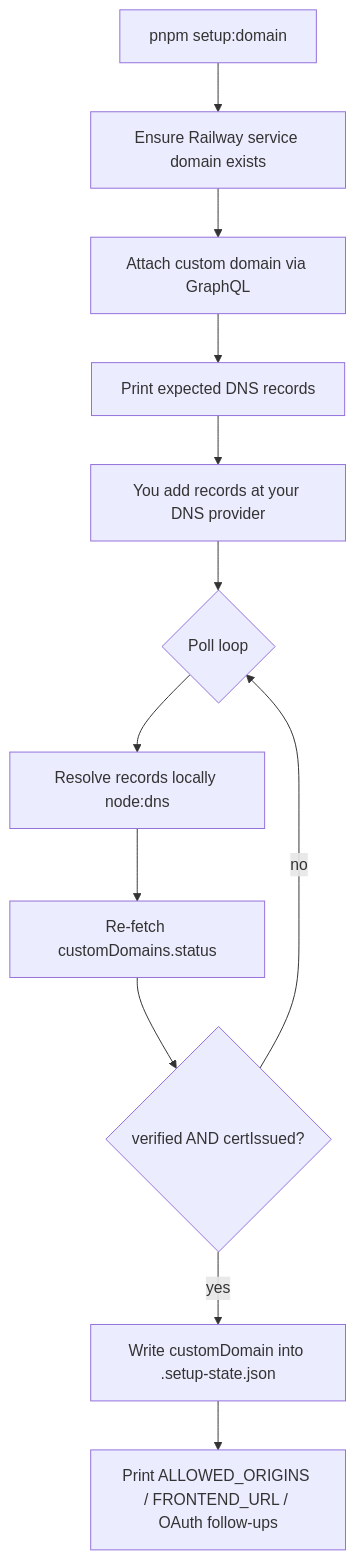
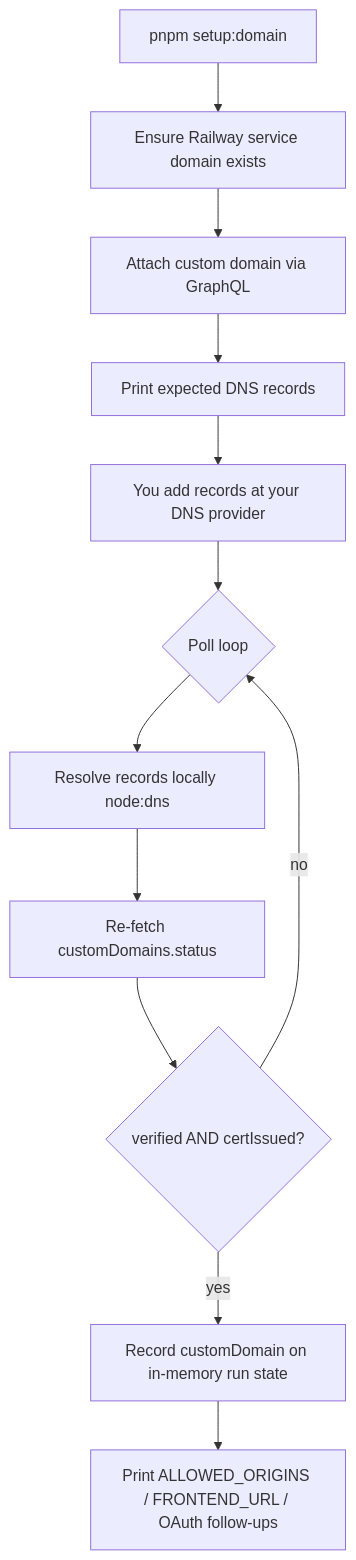
Before and after one commit to nikunjmavani/core-be: the diagram in docs/deployment/runbooks/railway-custom-domain.md, drawn with Mermaid. The commit also changed other lines of this file and 108 other files, not shown here.

````diff
--- a/docs/deployment/runbooks/railway-custom-domain.md
+++ b/docs/deployment/runbooks/railway-custom-domain.md
@@ -29,14 +29,14 @@
 ```mermaid
 flowchart TD
   Start[pnpm setup:domain] --> EnsureSvcDomain[Ensure Railway service domain exists]
   EnsureSvcDomain --> Attach[Attach custom domain via GraphQL]
   Attach --> PrintDns[Print expected DNS records]
   PrintDns --> AddDns[You add records at your DNS provider]
   AddDns --> Poll{Poll loop}
   Poll --> LocalDns[Resolve records locally node:dns]
   LocalDns --> RailwayCheck[Re-fetch customDomains.status]
   RailwayCheck --> Ready{verified AND certIssued?}
   Ready -->|no| Poll
-  Ready -->|yes| Persist[Write customDomain into .setup-state.json]
+  Ready -->|yes| Persist[Record customDomain on in-memory run state]
   Persist --> Hints[Print ALLOWED_ORIGINS / FRONTEND_URL / OAuth follow-ups]
 ```
````
